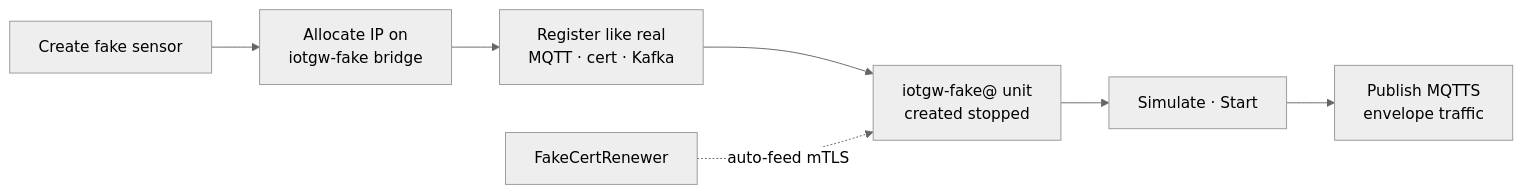
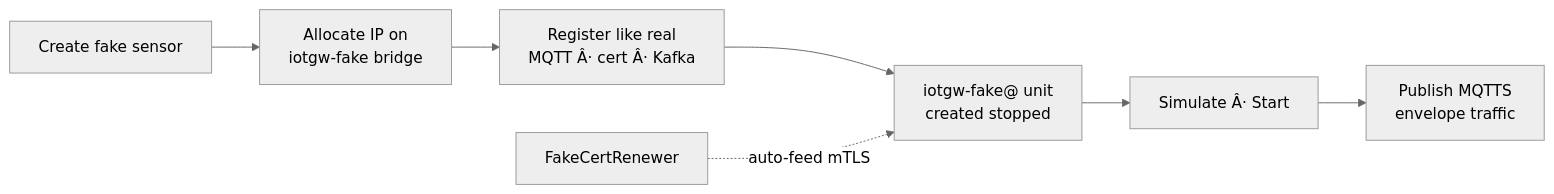
One commit to ngmibach/iot-gateway changed the eighth of 8 diagrams in docs/architecture.md. Above: the diagram before and after it, drawn with Mermaid (neutral theme). The commit also changed other lines of this file and 5 other files, not shown here.

````diff
--- a/docs/architecture.md
+++ b/docs/architecture.md
@@ -202,9 +202,9 @@
 ```mermaid
 flowchart LR
   C["Create fake sensor"] --> N["Allocate IP on\niotgw-fake bridge"]
-  N --> R["Register like real\nMQTT · cert · Kafka"]
+  N --> R["Register like real\nMQTT Â· cert Â· Kafka"]
   R --> U["iotgw-fake@ unit\ncreated stopped"]
-  U --> S["Simulate · Start"]
+  U --> S["Simulate Â· Start"]
   S --> P["Publish MQTTS\nenvelope traffic"]
   RENEW["FakeCertRenewer"] -.->|"auto-feed mTLS"| U
 ```
````
